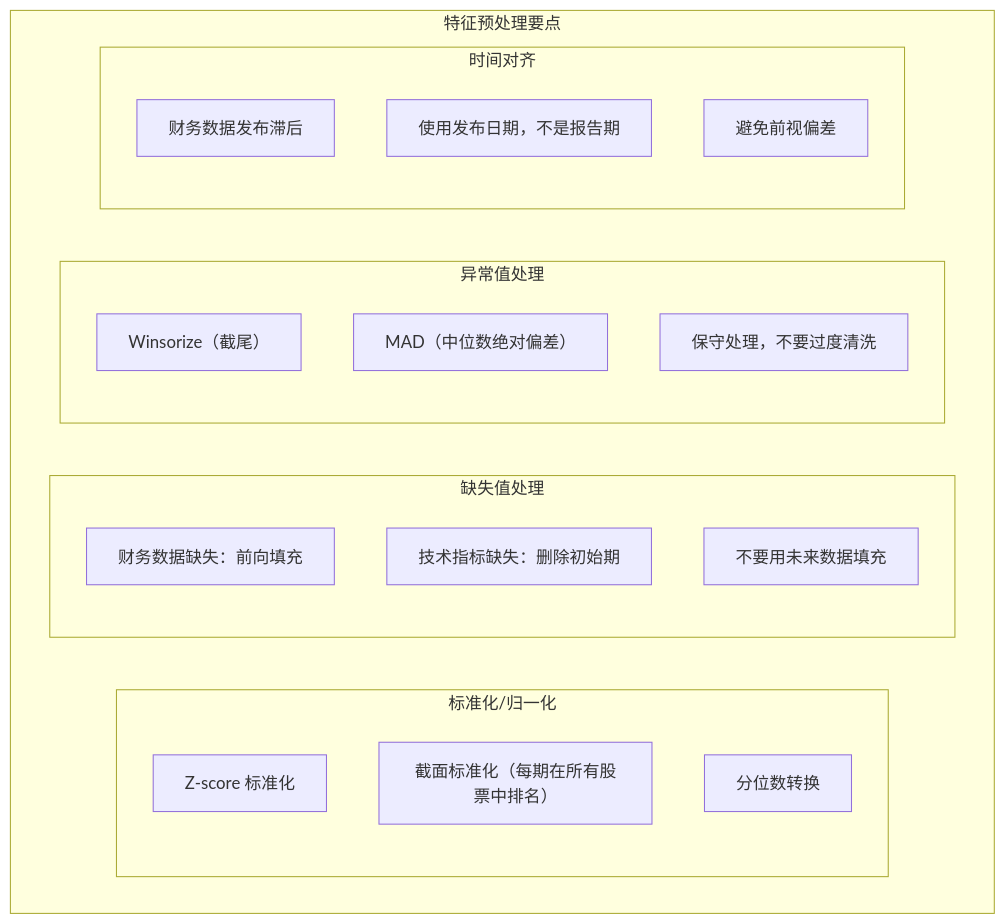
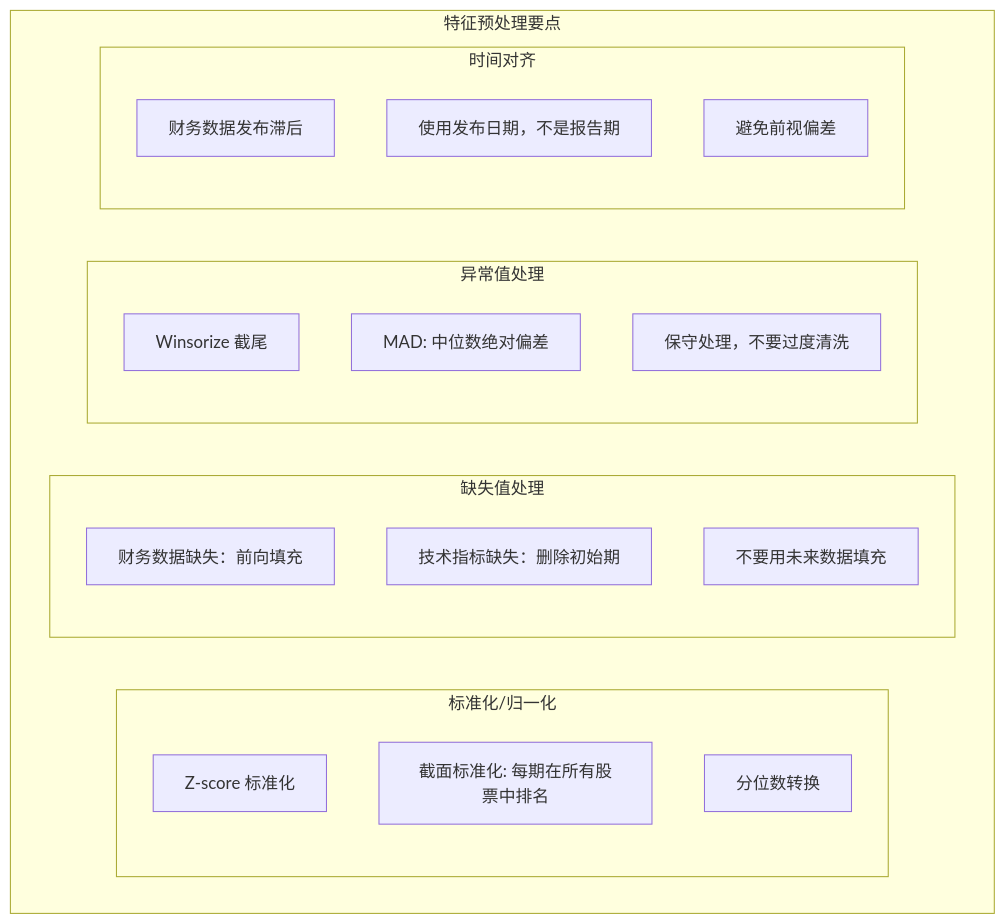
The third of 11 diagrams in content/articles/quant/quant-07-机器学习量化实战.md (jpixy/jpixy.github.io), drawn with Mermaid before and after one commit. The commit also changed other lines of this file and 66 other files, not shown here.

Commit message:
fix: resolve Mermaid syntax errors by removing parentheses in node labels

````diff
--- a/content/articles/quant/quant-07-机器学习量化实战.md
+++ b/content/articles/quant/quant-07-机器学习量化实战.md
@@ -152,25 +152,25 @@
 ```mermaid
 graph TB
     subgraph 预处理["特征预处理要点"]
         subgraph 标准化["标准化/归一化"]
             B1["Z-score 标准化"]
-            B2["截面标准化（每期在所有股票中排名）"]
+            B2["截面标准化: 每期在所有股票中排名"]
             B3["分位数转换"]
         end
         subgraph 缺失值["缺失值处理"]
             Q1["财务数据缺失：前向填充"]
             Q2["技术指标缺失：删除初始期"]
             Q3["不要用未来数据填充"]
         end
         subgraph 异常值["异常值处理"]
-            Y1["Winsorize（截尾）"]
-            Y2["MAD（中位数绝对偏差）"]
+            Y1["Winsorize 截尾"]
+            Y2["MAD: 中位数绝对偏差"]
             Y3["保守处理，不要过度清洗"]
         end
         subgraph 时间对齐
             S1["财务数据发布滞后"]
             S2["使用发布日期，不是报告期"]
             S3["避免前视偏差"]
         end
     end
 ```
````
